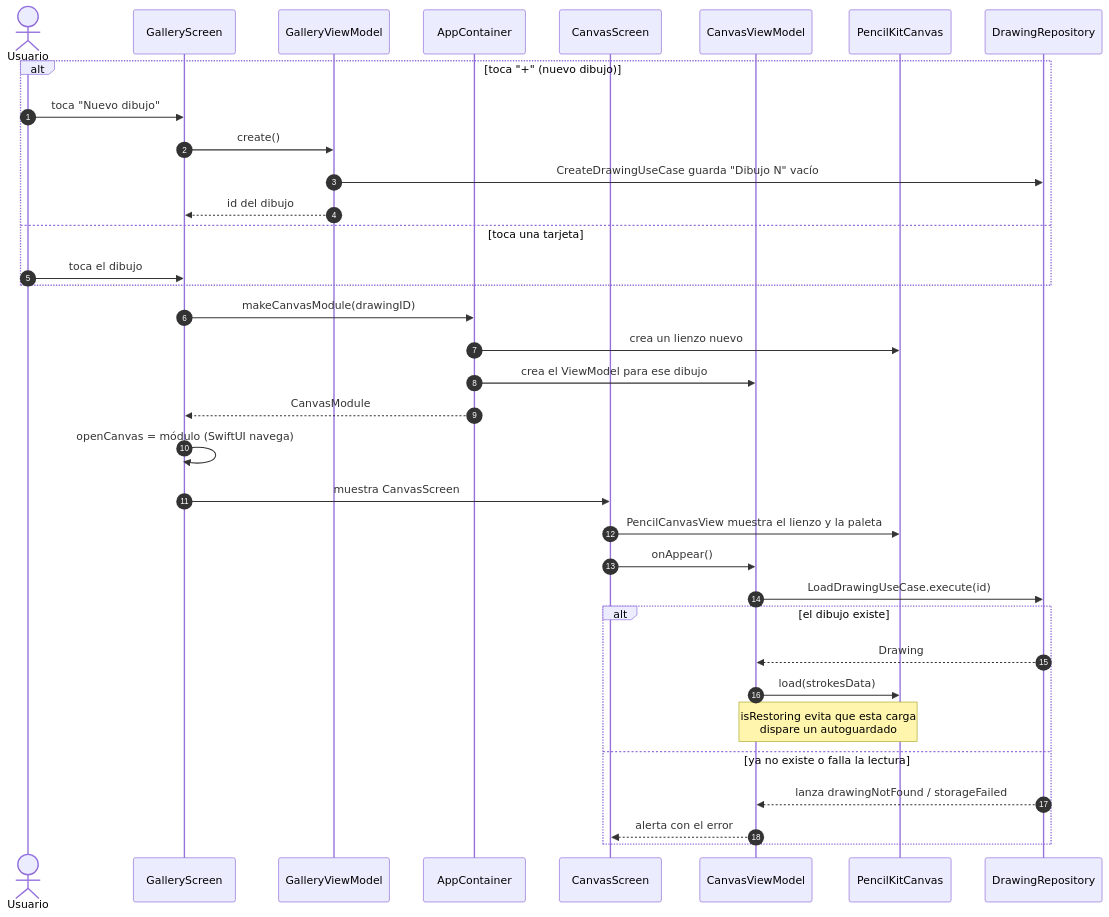
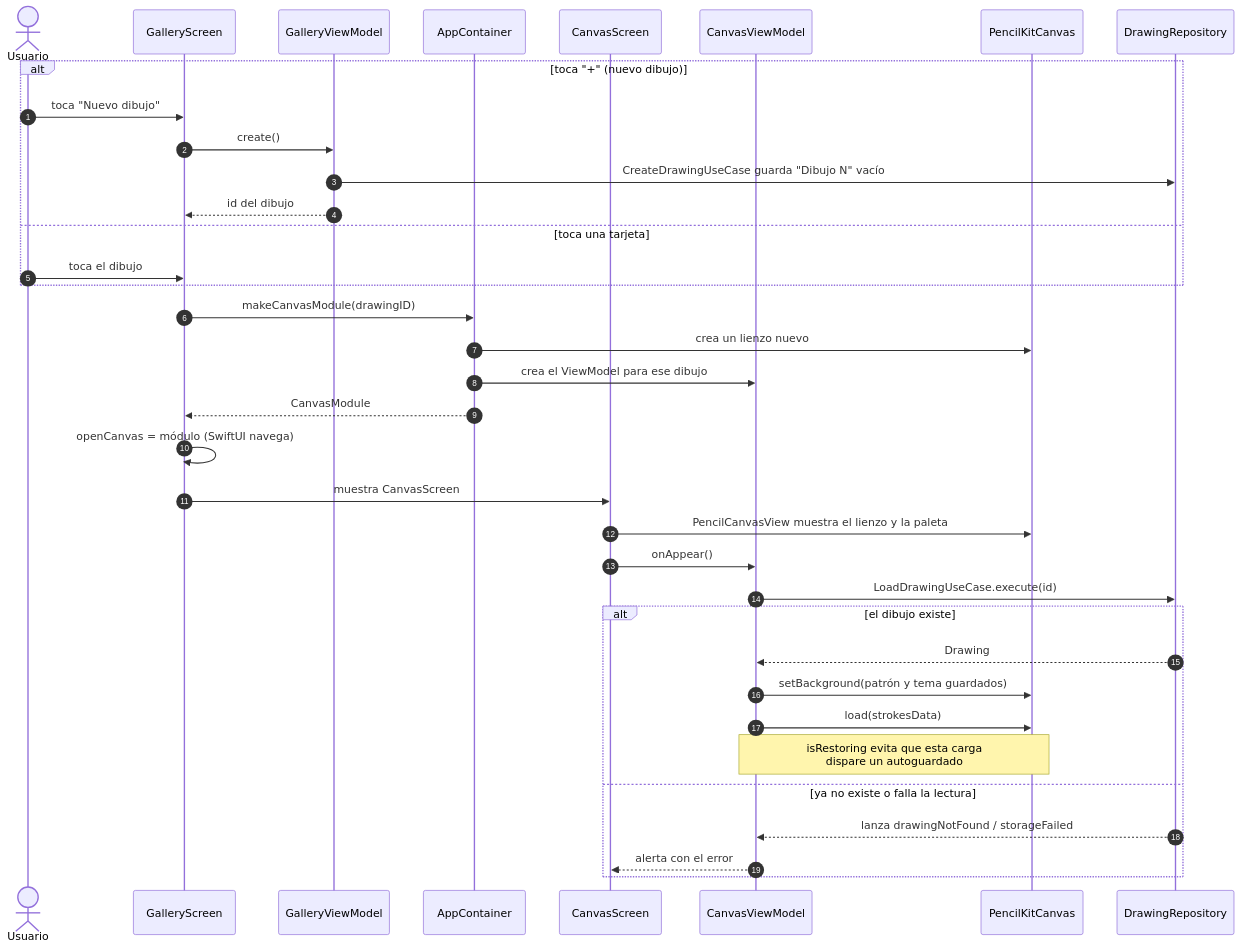
The fourth of 9 diagrams in docs/arquitectura.md (jhonjairo6230/DrawPad), drawn with Mermaid before and after one commit. The commit also changed other lines of this file and 26 other files, not shown here.

````diff
--- a/docs/arquitectura.md
+++ b/docs/arquitectura.md
@@ -291,38 +304,39 @@
 ```mermaid
 sequenceDiagram
     autonumber
     actor U as Usuario
     participant G as GalleryScreen
     participant GVM as GalleryViewModel
     participant C as AppContainer
     participant V as CanvasScreen
     participant VM as CanvasViewModel
     participant K as PencilKitCanvas
     participant R as DrawingRepository
 
     alt toca "+" (nuevo dibujo)
         U->>G: toca "Nuevo dibujo"
         G->>GVM: create()
         GVM->>R: CreateDrawingUseCase guarda "Dibujo N" vacío
         GVM-->>G: id del dibujo
     else toca una tarjeta
         U->>G: toca el dibujo
     end
     G->>C: makeCanvasModule(drawingID)
     C->>K: crea un lienzo nuevo
     C->>VM: crea el ViewModel para ese dibujo
     C-->>G: CanvasModule
     G->>G: openCanvas = módulo (SwiftUI navega)
     G->>V: muestra CanvasScreen
     V->>K: PencilCanvasView muestra el lienzo y la paleta
     V->>VM: onAppear()
     VM->>R: LoadDrawingUseCase.execute(id)
     alt el dibujo existe
         R-->>VM: Drawing
+        VM->>K: setBackground(patrón y tema guardados)
         VM->>K: load(strokesData)
         Note over VM,K: isRestoring evita que esta carga<br/>dispare un autoguardado
     else ya no existe o falla la lectura
         R-->>VM: lanza drawingNotFound / storageFailed
         VM-->>V: alerta con el error
     end
 ```
````
